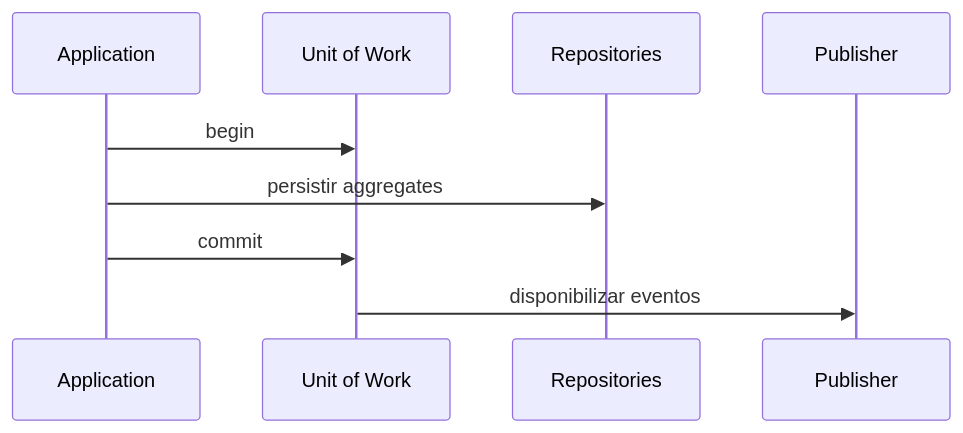
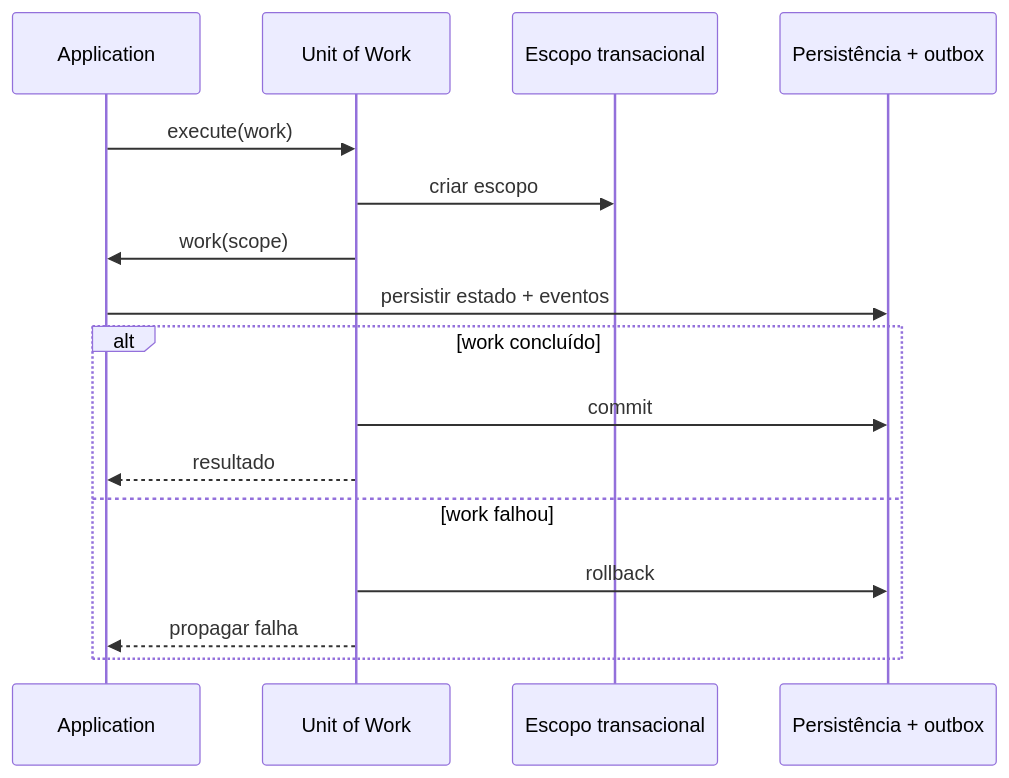
One commit to MauricioGomes02/servir changed the diagram in docs/primitives/unit-of-work.md. Above: the diagram before and after it, drawn with Mermaid. The commit also changed other lines of this file and 12 other files, not shown here.

````diff
--- a/docs/primitives/unit-of-work.md
+++ b/docs/primitives/unit-of-work.md
@@ -25,11 +25,18 @@
 ```mermaid
 sequenceDiagram
     participant A as Application
     participant U as Unit of Work
-    participant R as Repositories
-    participant P as Publisher
-    A->>U: begin
-    A->>R: persistir aggregates
-    A->>U: commit
-    U->>P: disponibilizar eventos
+    participant S as Escopo transacional
+    participant P as Persistência + outbox
+    A->>U: execute(work)
+    U->>S: criar escopo
+    U->>A: work(scope)
+    A->>P: persistir estado + eventos
+    alt work concluído
+        U->>P: commit
+        U-->>A: resultado
+    else work falhou
+        U->>P: rollback
+        U-->>A: propagar falha
+    end
 ```
````
